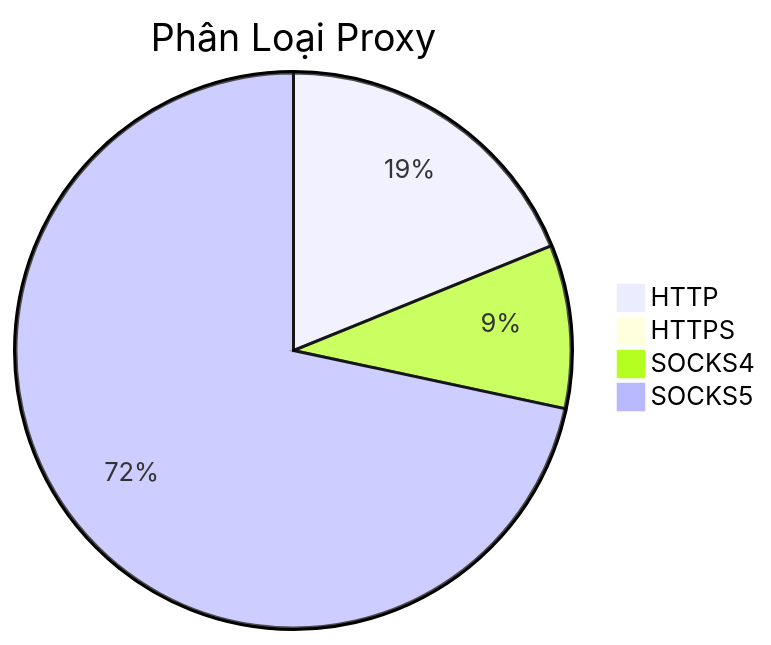
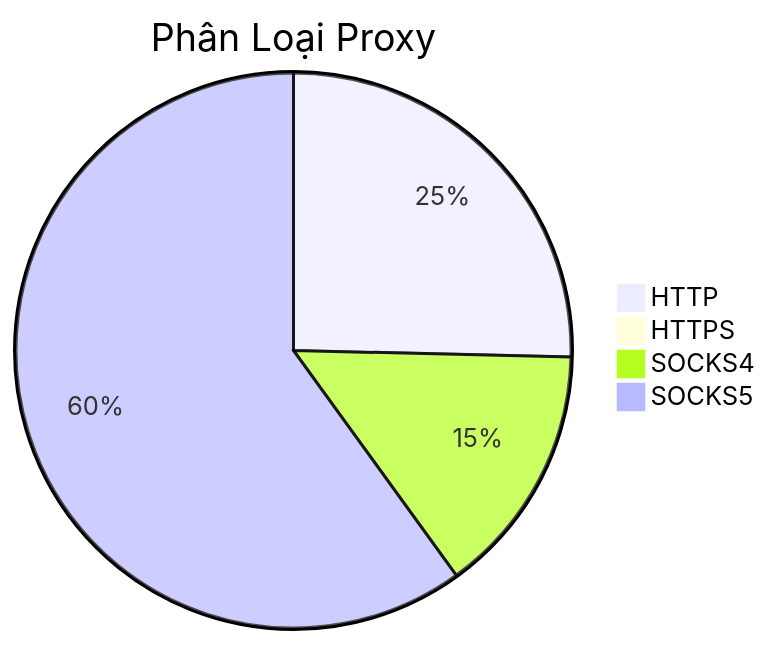
The diagram in README.md (Ciara-Aa/PROXY-free), drawn with Mermaid before and after one commit. The commit also changed other lines of this file and 4 other files, not shown here.

````diff
--- a/README.md
+++ b/README.md
@@ -26,7 +26,7 @@
 ```mermaid
 pie title Phân Loại Proxy
-    "HTTP" : 393
-    "HTTPS" : 1
-    "SOCKS4" : 198
-    "SOCKS5" : 1493
+    "HTTP" : 407
+    "HTTPS" : 2
+    "SOCKS4" : 235
+    "SOCKS5" : 962
 ```
````
